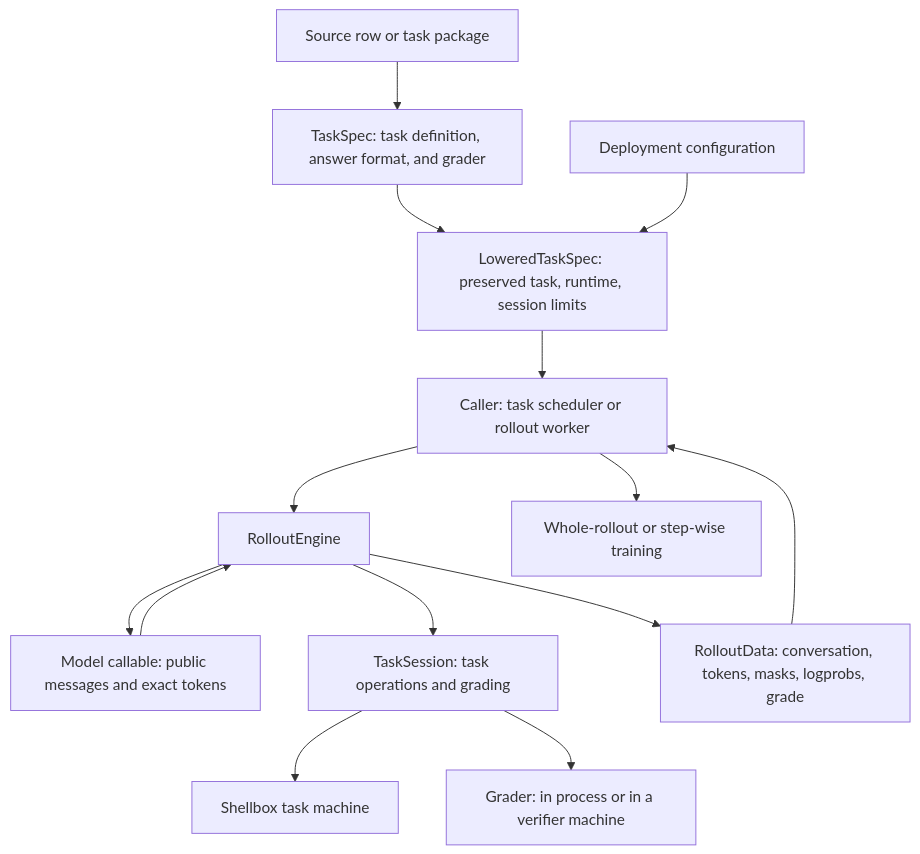
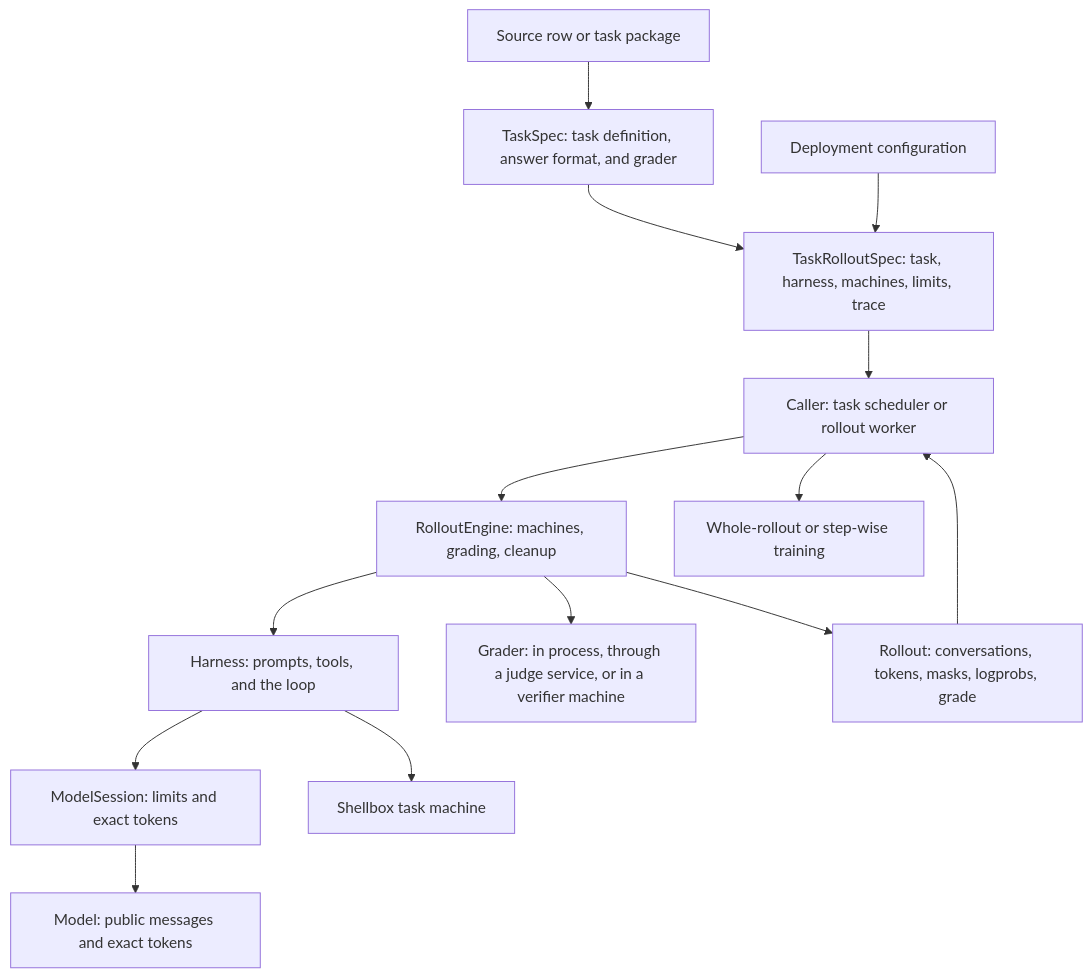
The first of 2 diagrams in docs/references/task-rollouts.md (marin-community/marin), drawn with Mermaid before and after one commit. The commit also changed other lines of this file and 35 other files, not shown here.

````diff
--- a/docs/references/task-rollouts.md
+++ b/docs/references/task-rollouts.md
@@ -9,16 +10,16 @@
 ```mermaid
 flowchart TD
     Source[Source row or task package] --> Task[TaskSpec: task definition, answer format, and grader]
-    Task --> Lower[LoweredTaskSpec: preserved task, runtime, session limits]
-    Config[Deployment configuration] --> Lower
-    Lower --> Worker[Caller: task scheduler or rollout worker]
-    Worker --> Engine[RolloutEngine]
-    Engine --> Model[Model callable: public messages and exact tokens]
-    Model --> Engine
-    Engine --> Session[TaskSession: task operations and grading]
-    Session --> Machine[Shellbox task machine]
-    Session --> Grader[Grader: in process or in a verifier machine]
-    Engine --> Record[RolloutData: conversation, tokens, masks, logprobs, grade]
-    Record --> Worker
-    Worker --> Train[Whole-rollout or step-wise training]
+    Task --> Spec[TaskRolloutSpec: task, harness, machines, limits, trace]
+    Config[Deployment configuration] --> Spec
+    Spec --> Caller[Caller: task scheduler or rollout worker]
+    Caller --> Engine[RolloutEngine: machines, grading, cleanup]
+    Engine --> Harness[Harness: prompts, tools, and the loop]
+    Harness --> Session[ModelSession: limits and exact tokens]
+    Session --> Model[Model: public messages and exact tokens]
+    Harness --> Machine[Shellbox task machine]
+    Engine --> Grader[Grader: in process, through a judge service, or in a verifier machine]
+    Engine --> Record[Rollout: conversations, tokens, masks, logprobs, grade]
+    Record --> Caller
+    Caller --> Train[Whole-rollout or step-wise training]
 ```
````
